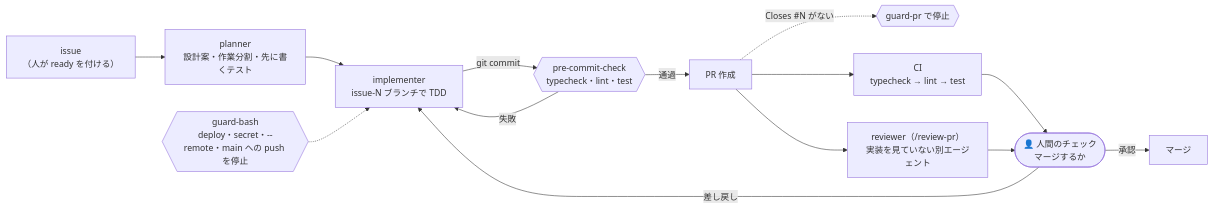
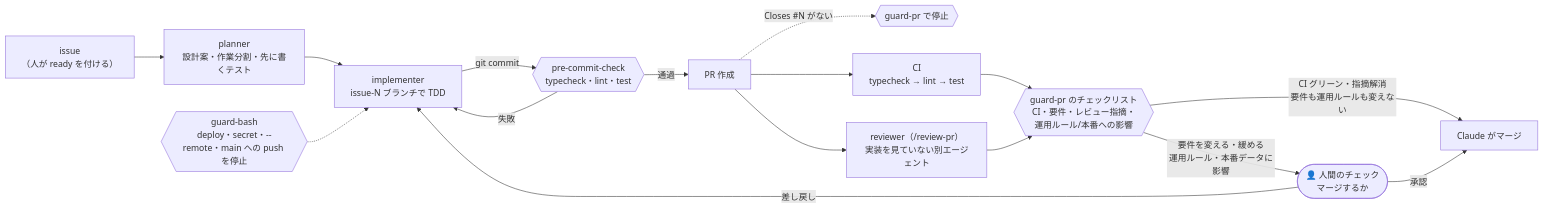
One commit to hashibadaiki/kids-event-hub-open changed the first of 2 diagrams in README.md. Above: the diagram before and after it, drawn with Mermaid. The commit also changed other lines of this file and 5 other files, not shown here.

````diff
--- a/README.md
+++ b/README.md
@@ -166,16 +166,18 @@
 ```mermaid
 flowchart LR
   I["issue<br/>（人が ready を付ける）"] --> P["planner<br/>設計案・作業分割・先に書くテスト"]
   P --> M["implementer<br/>issue-N ブランチで TDD"]
   M -- "git commit" --> H1{{"pre-commit-check<br/>typecheck・lint・test"}}
   H1 -- 失敗 --> M
   H1 -- 通過 --> PR["PR 作成"]
   PR -. "Closes #N がない" .-> H2{{"guard-pr で停止"}}
   PR --> CI["CI<br/>typecheck → lint → test"]
   PR --> R["reviewer（/review-pr）<br/>実装を見ていない別エージェント"]
-  CI --> HUMAN(["👤 人間のチェック<br/>マージするか"])
-  R --> HUMAN
-  HUMAN -- 承認 --> MERGE["マージ"]
+  CI --> CK{{"guard-pr のチェックリスト<br/>CI・要件・レビュー指摘・運用ルール/本番への影響"}}
+  R --> CK
+  CK -- "CI グリーン・指摘解消<br/>要件も運用ルールも変えない" --> MERGE["Claude がマージ"]
+  CK -- "要件を変える・緩める<br/>運用ルール・本番データに影響" --> HUMAN(["👤 人間のチェック<br/>マージするか"])
+  HUMAN -- 承認 --> MERGE
   HUMAN -- 差し戻し --> M
   G{{"guard-bash<br/>deploy・secret・--remote・main への push を停止"}} -.-> M
 ```
````
